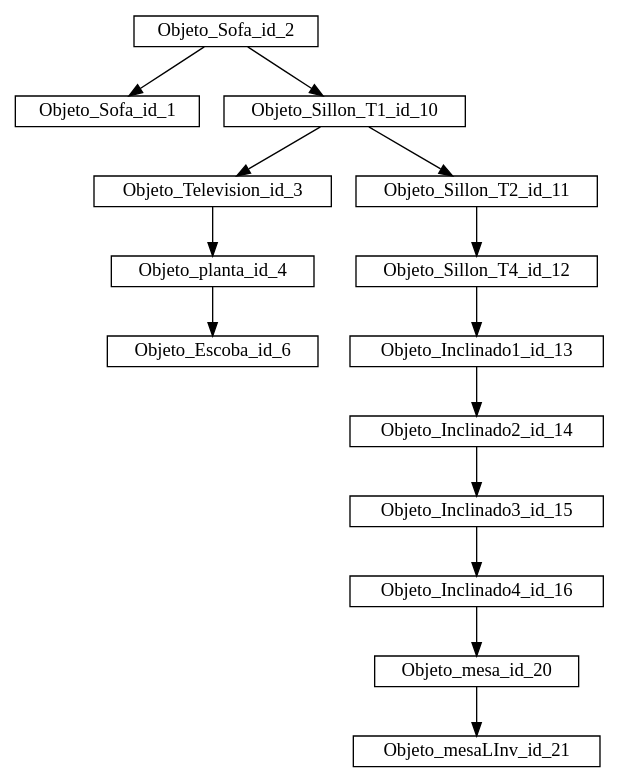
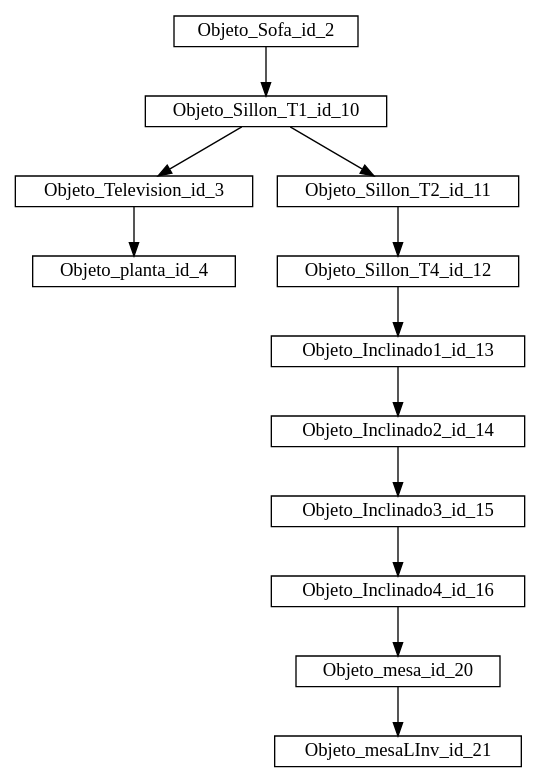
One commit to olgt/Laboratorio_EDD_201612341 changed the diagram in build-EDD_Proyecto_1-Desktop_Qt_5_15_0_GCC_64bit-Debug/ABB_Universal_Nivel_0_ABB.gv. Above: the diagram before and after it, drawn with Graphviz. The commit also changed 44 other files, not shown here.

```diff
--- a/build-EDD_Proyecto_1-Desktop_Qt_5_15_0_GCC_64bit-Debug/ABB_Universal_Nivel_0_ABB.gv
+++ b/build-EDD_Proyecto_1-Desktop_Qt_5_15_0_GCC_64bit-Debug/ABB_Universal_Nivel_0_ABB.gv
@@ -1,17 +1,15 @@
 digraph G {
 rankdir = TB; 
 node [shape=record, width=.1, height=.1]; 
-Objeto_Sofa_id_2->Objeto_Sofa_id_1; 
 Objeto_Sofa_id_2->Objeto_Sillon_T1_id_10; 
 Objeto_Sillon_T1_id_10->Objeto_Television_id_3; 
 Objeto_Television_id_3->Objeto_planta_id_4; 
-Objeto_planta_id_4->Objeto_Escoba_id_6; 
 Objeto_Sillon_T1_id_10->Objeto_Sillon_T2_id_11; 
 Objeto_Sillon_T2_id_11->Objeto_Sillon_T4_id_12; 
 Objeto_Sillon_T4_id_12->Objeto_Inclinado1_id_13; 
 Objeto_Inclinado1_id_13->Objeto_Inclinado2_id_14; 
 Objeto_Inclinado2_id_14->Objeto_Inclinado3_id_15; 
 Objeto_Inclinado3_id_15->Objeto_Inclinado4_id_16; 
 Objeto_Inclinado4_id_16->Objeto_mesa_id_20; 
 Objeto_mesa_id_20->Objeto_mesaLInv_id_21; 
 }
```
